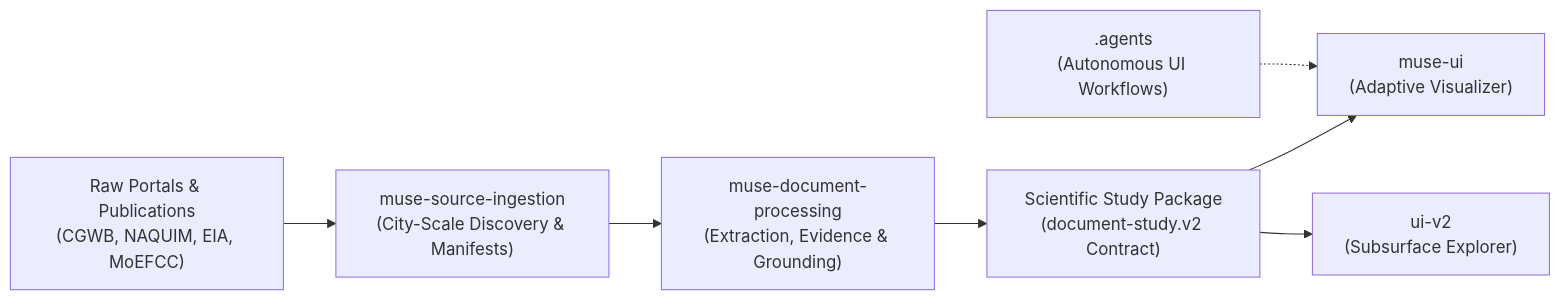
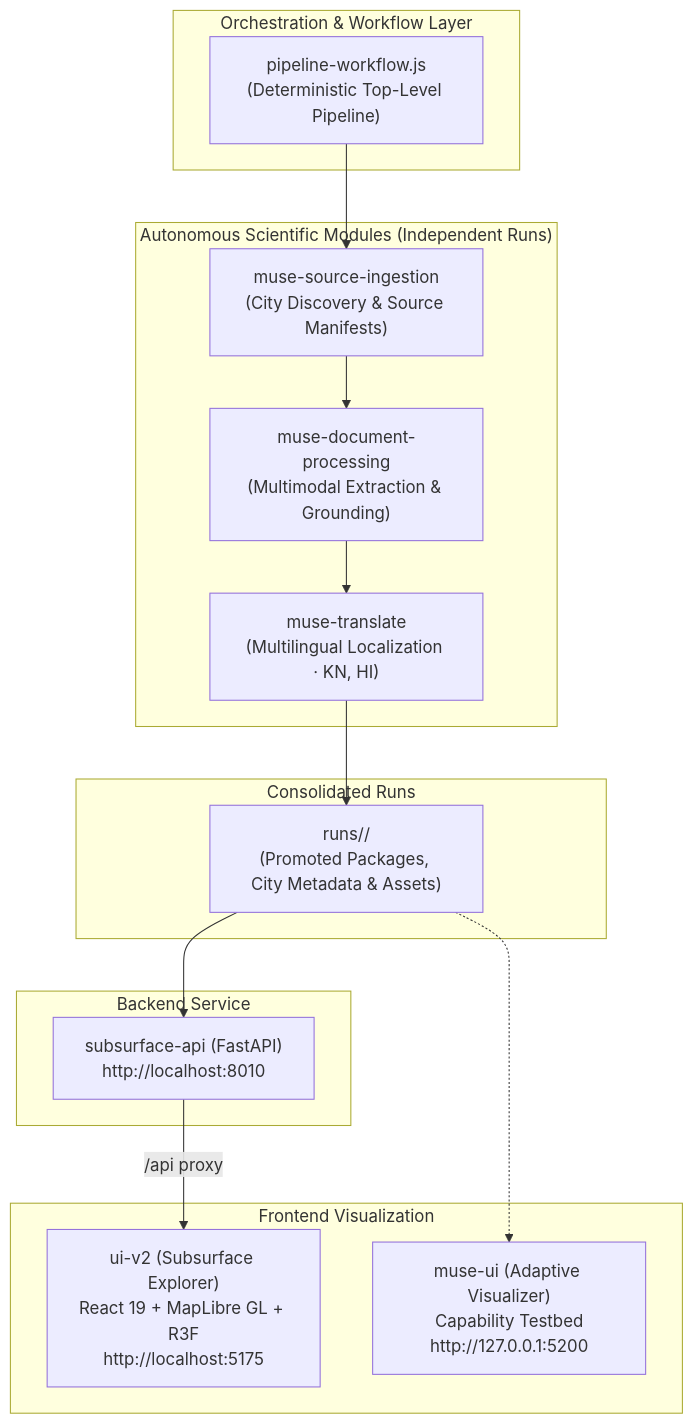
Before and after one commit to kunalkini15/upamelm.ai: the diagram in README.md, drawn with Mermaid. The commit also changed other lines of this file and 2 other files, not shown here.

Commit message:
docs: document setup and hackathon submission

````diff
--- a/README.md
+++ b/README.md
@@ -13,9 +13,33 @@
 ```mermaid
-flowchart LR
-    A["Raw Portals & Publications<br/>(CGWB, NAQUIM, EIA, MoEFCC)"] --> B["muse-source-ingestion<br/>(City-Scale Discovery & Manifests)"]
-    B --> C["muse-document-processing<br/>(Extraction, Evidence & Grounding)"]
-    C --> D["Scientific Study Package<br/>(document-study.v2 Contract)"]
-    D --> E["muse-ui<br/>(Adaptive Visualizer)"]
-    D --> F["ui-v2<br/>(Subsurface Explorer)"]
-    G[".agents<br/>(Autonomous UI Workflows)"] -.-> E
+flowchart TD
+    subgraph Orchestration ["Orchestration & Workflow Layer"]
+        PW["pipeline-workflow.js<br/>(Deterministic Top-Level Pipeline)"]
+    end
+
+    subgraph Stages ["Autonomous Scientific Modules (Independent Runs)"]
+        SI["muse-source-ingestion<br/>(City Discovery & Source Manifests)"]
+        DP["muse-document-processing<br/>(Multimodal Extraction & Grounding)"]
+        TR["muse-translate<br/>(Multilingual Localization · KN, HI)"]
+    end
+
+    subgraph Storage ["Consolidated Runs"]
+        RUNS["runs/<city>/<br/>(Promoted Packages, City Metadata & Assets)"]
+    end
+
+    subgraph Serving ["Backend Service"]
+        API["subsurface-api (FastAPI)<br/>http://localhost:8010"]
+    end
+
+    subgraph Presentation ["Frontend Visualization"]
+        UIV2["ui-v2 (Subsurface Explorer)<br/>React 19 + MapLibre GL + R3F<br/>http://localhost:5175"]
+        MUSEUI["muse-ui (Adaptive Visualizer)<br/>Capability Testbed<br/>http://127.0.0.1:5200"]
+    end
+
+    PW --> SI
+    SI --> DP
+    DP --> TR
+    TR --> RUNS
+    RUNS --> API
+    API -->|/api proxy| UIV2
+    RUNS -.-> MUSEUI
 ```
````
